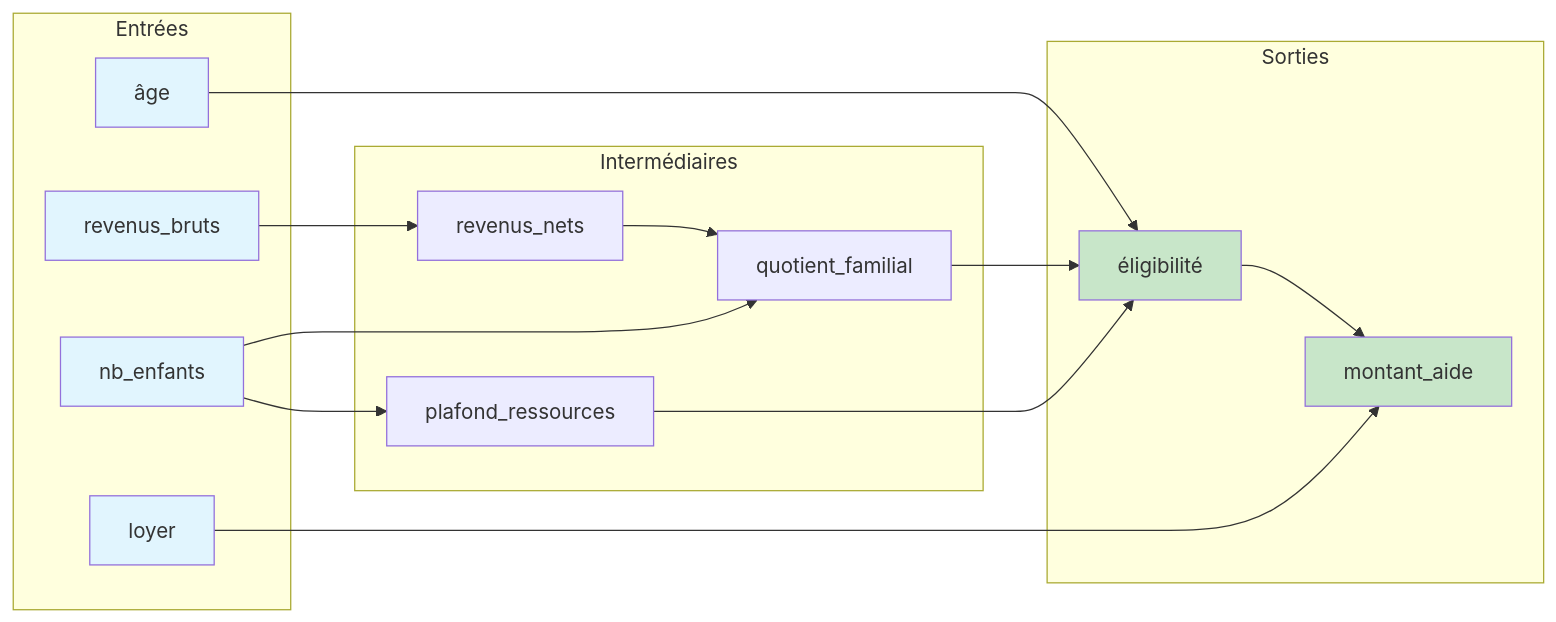
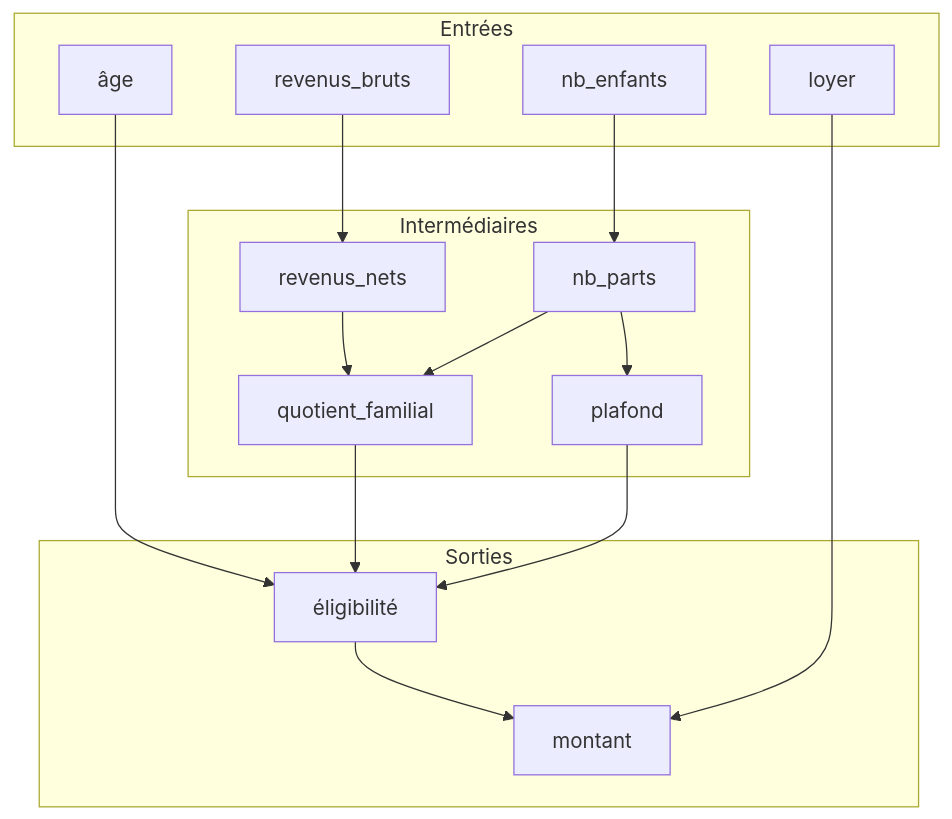
Before and after one commit to ShallowRed/aides-simplifiees-docs: the second of 6 diagrams in docs/99_annexe/ressources-visuelles.md, drawn with Mermaid. The commit also changed other lines of this file and 7 other files, not shown here.

````diff
--- a/docs/99_annexe/ressources-visuelles.md
+++ b/docs/99_annexe/ressources-visuelles.md
@@ -81,37 +46,32 @@
 ```mermaid
-flowchart LR
+flowchart TD
     subgraph Entrées
-        E1[âge]
-        E2[revenus_bruts]
-        E3[nb_enfants]
-        E4[loyer]
+        E1[revenus_bruts]
+        E2[nb_enfants]
+        E3[loyer]
+        E4[âge]
     end
     
     subgraph Intermédiaires
         I1[revenus_nets]
-        I2[quotient_familial]
-        I3[plafond_ressources]
+        I2[nb_parts]
+        I3[quotient_familial]
+        I4[plafond]
     end
     
     subgraph Sorties
         S1[éligibilité]
-        S2[montant_aide]
+        S2[montant]
     end
     
-    E2 --> I1
-    E3 --> I2
-    I1 --> I2
-    E3 --> I3
-    I2 --> S1
+    E1 --> I1
+    E2 --> I2
+    I1 --> I3
+    I2 --> I3
+    I2 --> I4
+    E4 --> S1
     I3 --> S1
+    I4 --> S1
     S1 --> S2
-    E4 --> S2
-    E1 --> S1
-    
-    style E1 fill:#e1f5fe
-    style E2 fill:#e1f5fe
-    style E3 fill:#e1f5fe
-    style E4 fill:#e1f5fe
-    style S1 fill:#c8e6c9
-    style S2 fill:#c8e6c9
+    E3 --> S2
 ```
````
